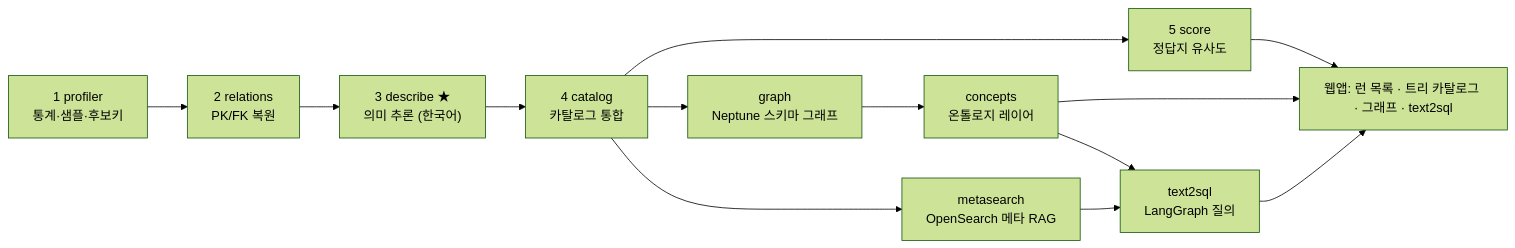
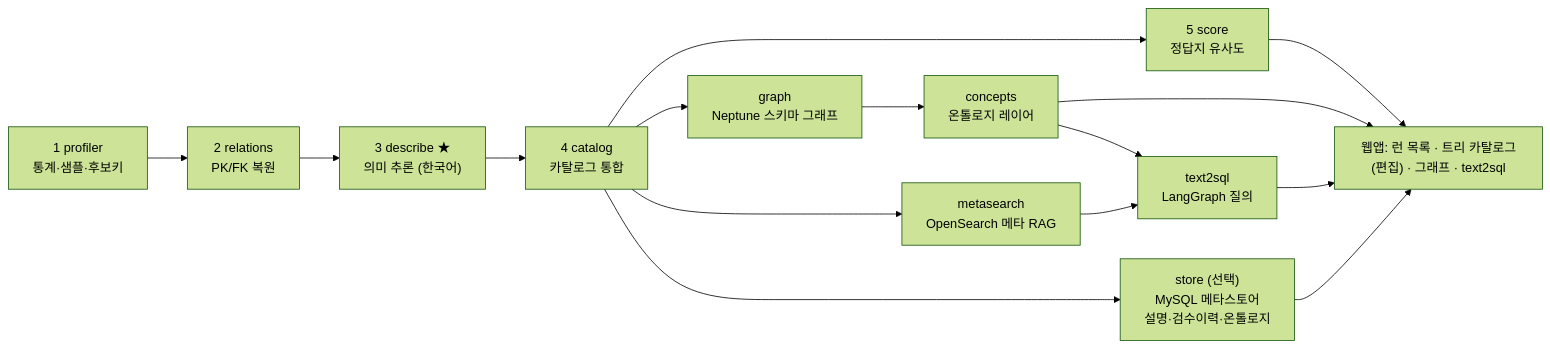
The diagram in v2/GUIDE.md (blait/dbMetaToDoc), drawn with Mermaid (forest theme) before and after one commit. The commit also changed other lines of this file and 27 other files, not shown here.

````diff
--- a/v2/GUIDE.md
+++ b/v2/GUIDE.md
@@ -28,15 +28,17 @@
 ```mermaid
 flowchart LR
     A["1 profiler<br/>통계·샘플·후보키"] --> B["2 relations<br/>PK/FK 복원"]
     B --> C["3 describe ★<br/>의미 추론 (한국어)"]
     C --> D["4 catalog<br/>카탈로그 통합"]
     D --> E["5 score<br/>정답지 유사도"]
     D --> F["graph<br/>Neptune 스키마 그래프"]
     F --> G["concepts<br/>온톨로지 레이어"]
     D --> I["metasearch<br/>OpenSearch 메타 RAG"]
     G --> J["text2sql<br/>LangGraph 질의"]
     I --> J
-    E --> H["웹앱: 런 목록 · 트리 카탈로그 · 그래프 · text2sql"]
+    D --> K["store (선택)<br/>MySQL 메타스토어<br/>설명·검수이력·온톨로지"]
+    E --> H["웹앱: 런 목록 · 트리 카탈로그(편집) · 그래프 · text2sql"]
     G --> H
     J --> H
+    K --> H
 ```
````
